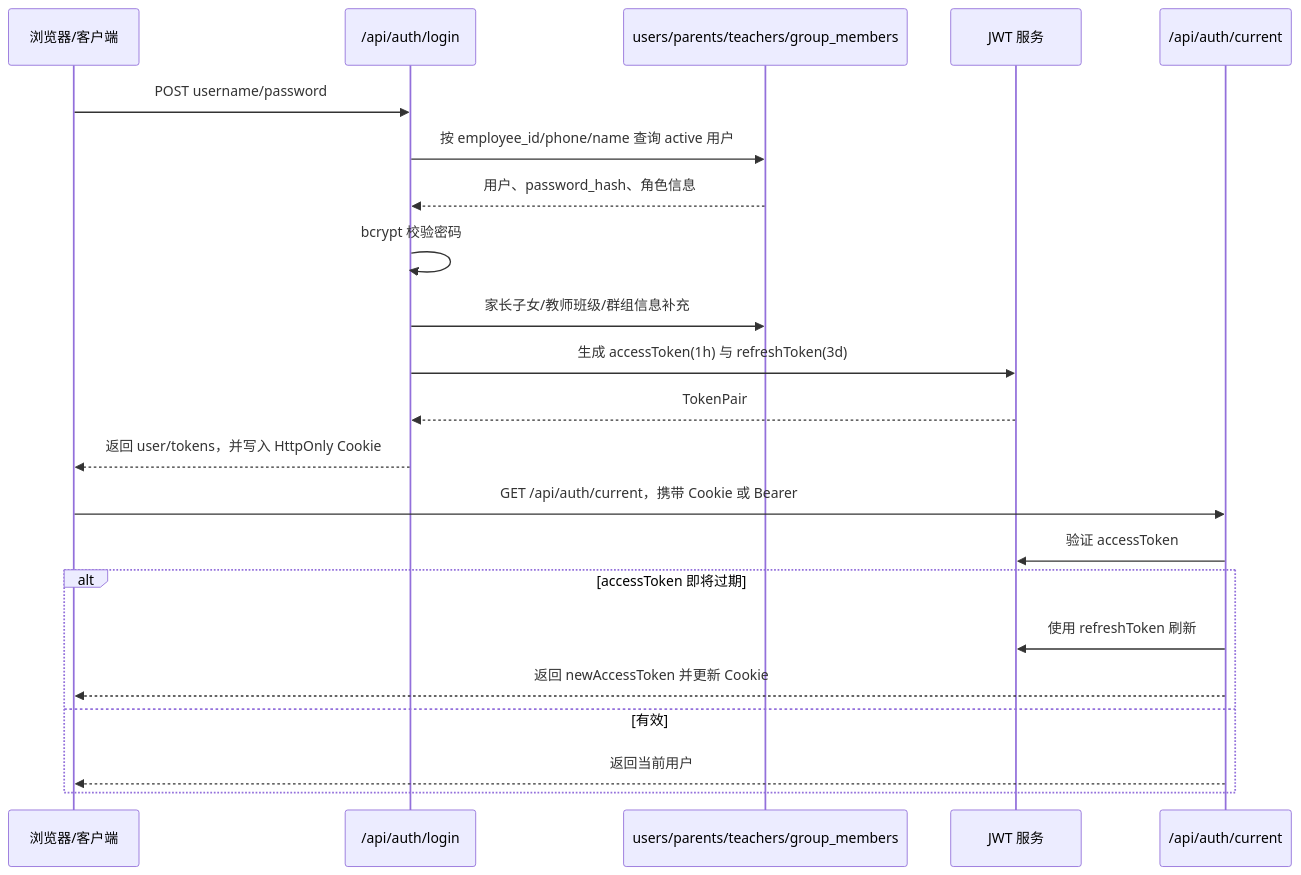
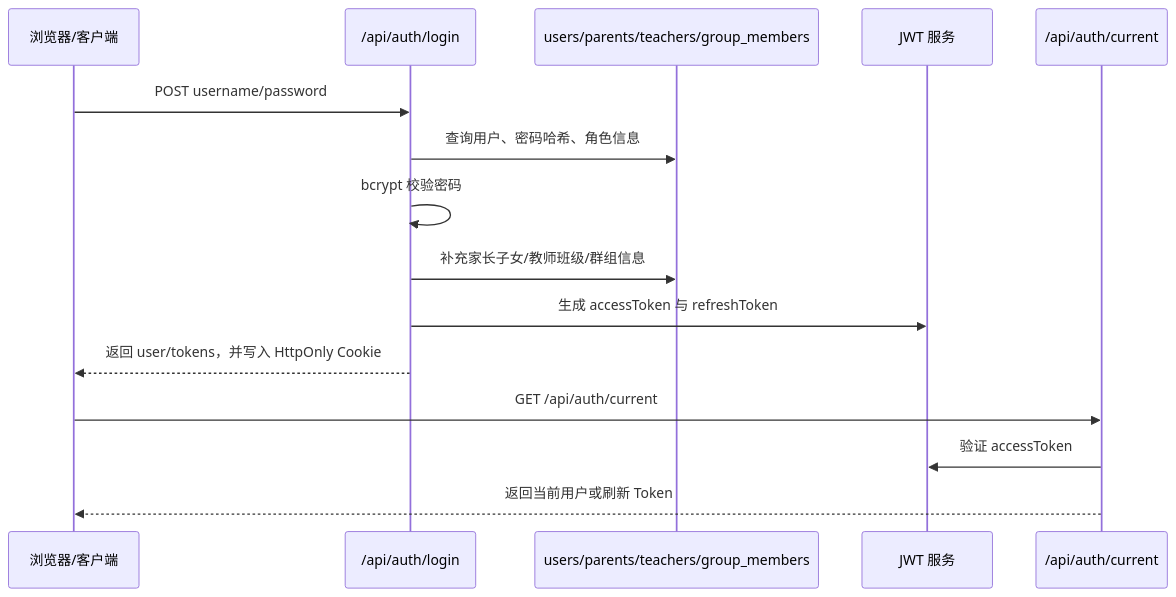
One commit to lycllxb0314/test1 changed the fifth of 6 diagrams in docs/SYSTEM_DETAILED_DESIGN.md. Above: the diagram before and after it, drawn with Mermaid. The commit also changed other lines of this file, not shown here.

````diff
--- a/docs/SYSTEM_DETAILED_DESIGN.md
+++ b/docs/SYSTEM_DETAILED_DESIGN.md
@@ -143,25 +178,18 @@
 ```mermaid
 sequenceDiagram
   participant Browser as 浏览器/客户端
   participant Login as /api/auth/login
   participant DB as users/parents/teachers/group_members
   participant JWT as JWT 服务
   participant Current as /api/auth/current
 
   Browser->>Login: POST username/password
-  Login->>DB: 按 employee_id/phone/name 查询 active 用户
-  DB-->>Login: 用户、password_hash、角色信息
+  Login->>DB: 查询用户、密码哈希、角色信息
   Login->>Login: bcrypt 校验密码
-  Login->>DB: 家长子女/教师班级/群组信息补充
-  Login->>JWT: 生成 accessToken(1h) 与 refreshToken(3d)
-  JWT-->>Login: TokenPair
+  Login->>DB: 补充家长子女/教师班级/群组信息
+  Login->>JWT: 生成 accessToken 与 refreshToken
   Login-->>Browser: 返回 user/tokens，并写入 HttpOnly Cookie
-  Browser->>Current: GET /api/auth/current，携带 Cookie 或 Bearer
+  Browser->>Current: GET /api/auth/current
   Current->>JWT: 验证 accessToken
-  alt accessToken 即将过期
-    Current->>JWT: 使用 refreshToken 刷新
-    Current-->>Browser: 返回 newAccessToken 并更新 Cookie
-  else 有效
-    Current-->>Browser: 返回当前用户
-  end
+  Current-->>Browser: 返回当前用户或刷新 Token
 ```
````
